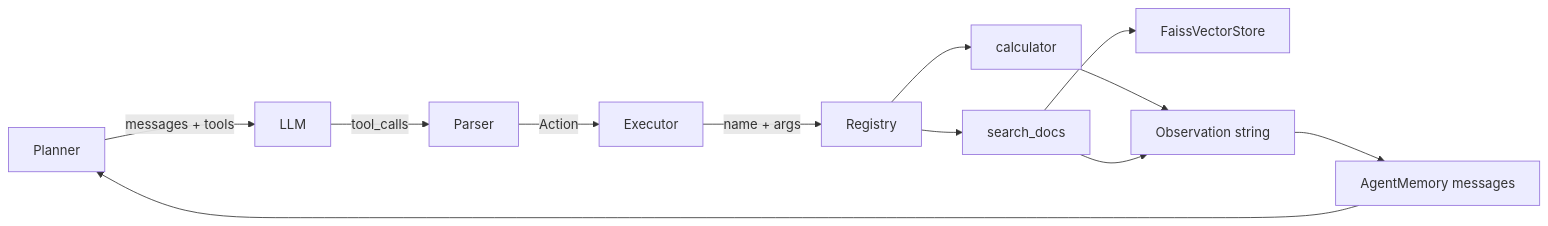
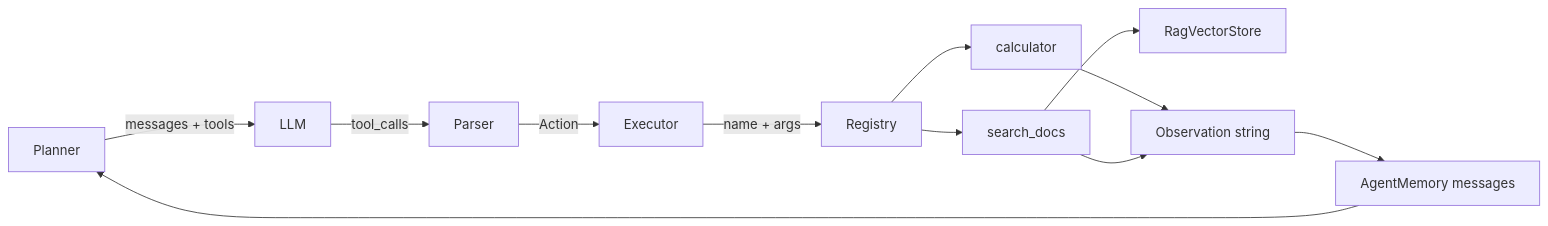
The diagram in docs/tool-calling.md (fff2817/agent), drawn with Mermaid before and after one commit. The commit also changed other lines of this file and 34 other files, not shown here.

First line of the commit message:
Align docs and naming with Chroma after FAISS removal.

````diff
--- a/docs/tool-calling.md
+++ b/docs/tool-calling.md
@@ -104,14 +104,14 @@
 ```mermaid
 flowchart LR
     P[Planner] -->|messages + tools| LLM
     LLM -->|tool_calls| PAR[Parser]
     PAR -->|Action| EX[Executor]
     EX -->|name + args| REG[Registry]
     REG --> CALC[calculator]
     REG --> SDOC[search_docs]
-    SDOC --> FAISS[FaissVectorStore]
+    SDOC --> Chroma[RagVectorStore]
     CALC --> OBS[Observation string]
     SDOC --> OBS
     OBS --> MEM[AgentMemory messages]
     MEM --> P
 ```
````
